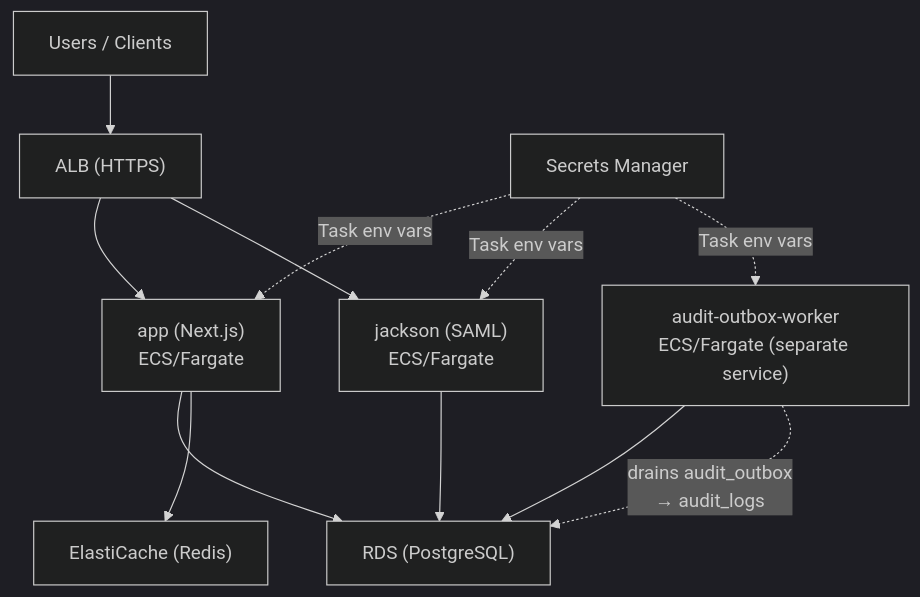
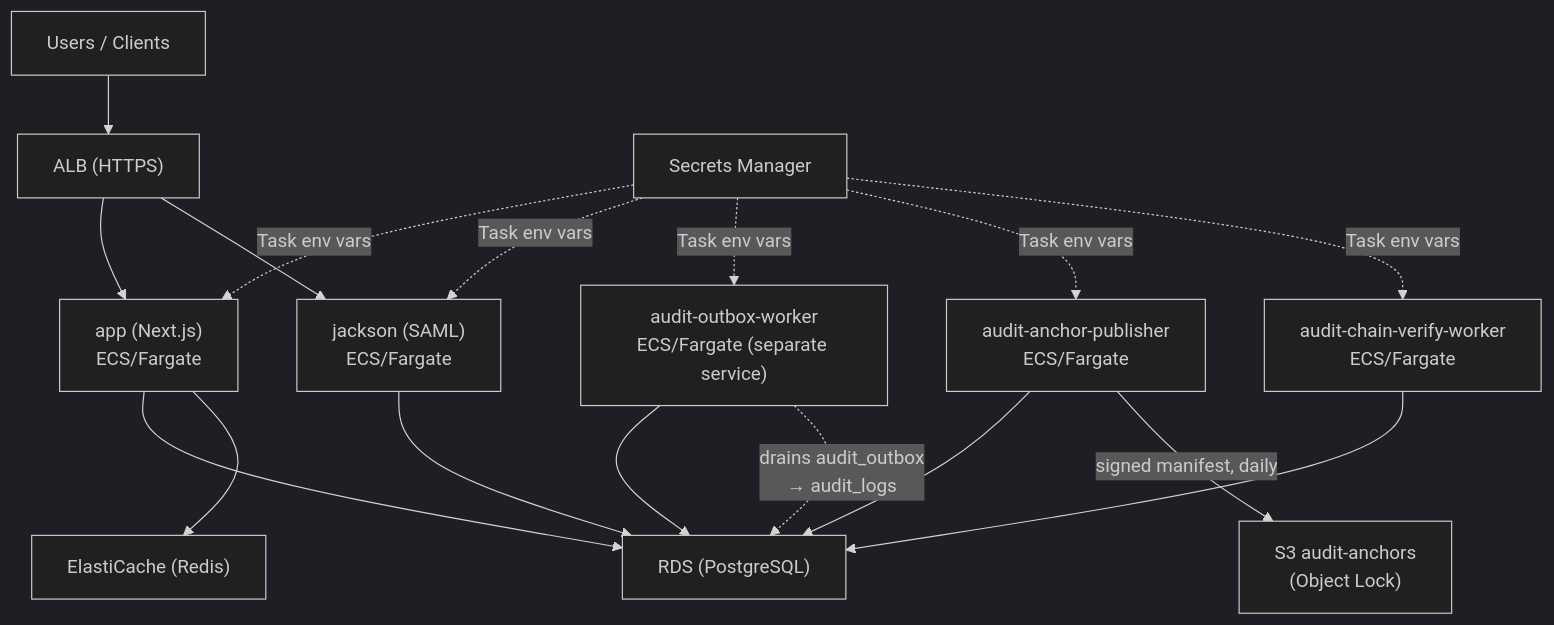
One commit to ngc-shj/passwd-sso changed the diagram in docs/setup/aws/en.md. Above: the diagram before and after it, drawn with Mermaid (dark theme). The commit also changed other lines of this file and 101 other files, not shown here.

First line of the commit message:
feat: run the audit-anchor publisher and chain verifier on AWS (#952)

````diff
--- a/docs/setup/aws/en.md
+++ b/docs/setup/aws/en.md
@@ -20,17 +22,23 @@
 ```mermaid
 flowchart TB
     Users["Users / Clients"] --> ALB["ALB (HTTPS)"]
     ALB --> App["app (Next.js)<br/>ECS/Fargate"]
     ALB --> Jackson["jackson (SAML)<br/>ECS/Fargate"]
 
     App --> RDS["RDS (PostgreSQL)"]
     Jackson --> RDS
     App --> Redis["ElastiCache (Redis)"]
 
     Worker["audit-outbox-worker<br/>ECS/Fargate (separate service)"] --> RDS
     Worker -.-> |drains audit_outbox<br/>→ audit_logs| RDS
 
+    Publisher["audit-anchor-publisher<br/>ECS/Fargate"] --> RDS
+    Publisher --> |signed manifest, daily| Anchors["S3 audit-anchors<br/>(Object Lock)"]
+    Verifier["audit-chain-verify-worker<br/>ECS/Fargate"] --> RDS
+
     Secrets["Secrets Manager"] -.-> |Task env vars| App
     Secrets -.-> |Task env vars| Jackson
     Secrets -.-> |Task env vars| Worker
+    Secrets -.-> |Task env vars| Publisher
+    Secrets -.-> |Task env vars| Verifier
 ```
````
